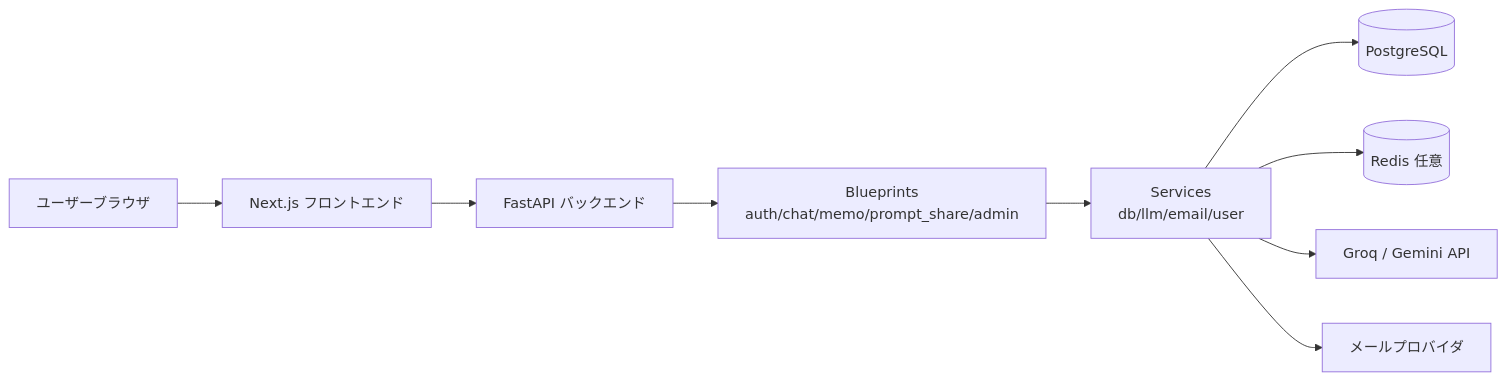
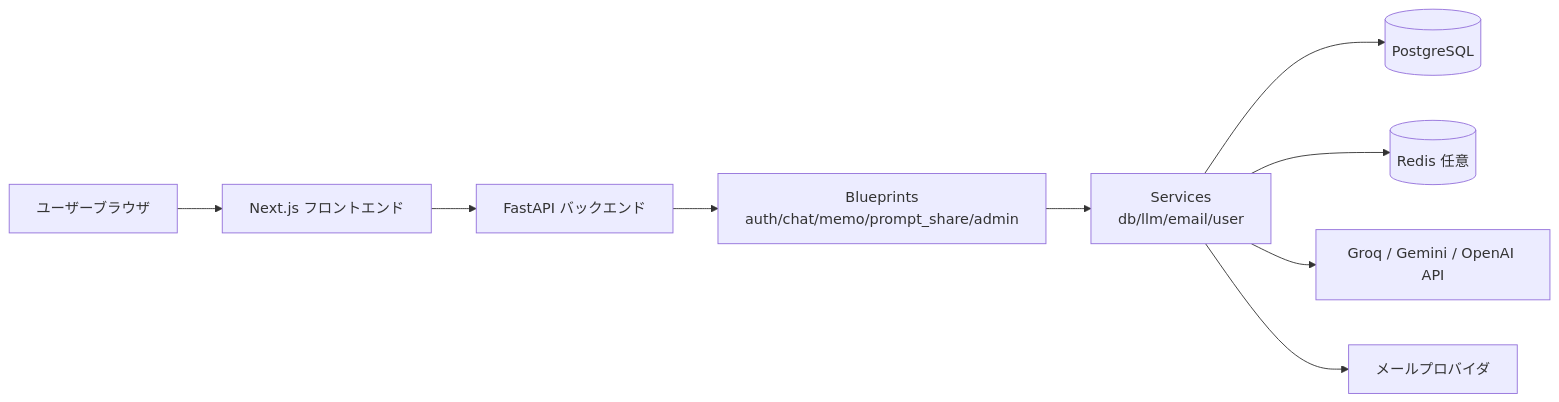
Before and after one commit to kota-kawa/ChatCore-AI: the second of 2 diagrams in README.md, drawn with Mermaid. The commit also changed other lines of this file, not shown here.

````diff
--- a/README.md
+++ b/README.md
@@ -334,19 +334,19 @@
 ```mermaid
 flowchart LR
     U[ユーザーブラウザ]
     FE[Next.js フロントエンド]
     API[FastAPI バックエンド]
     BP[Blueprints<br/>auth/chat/memo/prompt_share/admin]
     SV[Services<br/>db/llm/email/user]
     DB[(PostgreSQL)]
     RD[(Redis 任意)]
-    LLM[Groq / Gemini API]
+    LLM[Groq / Gemini / OpenAI API]
     EM[メールプロバイダ]
 
     U --> FE --> API
     API --> BP --> SV
     SV --> DB
     SV --> RD
     SV --> LLM
     SV --> EM
 ```
````
